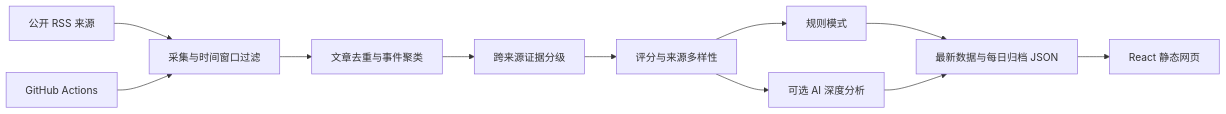
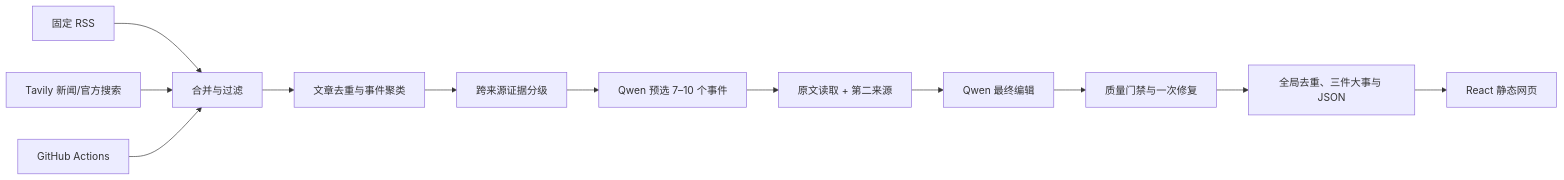
Before and after one commit to Allennb666/dailynews-briefing: the diagram in README.md, drawn with Mermaid. The commit also changed other lines of this file and 13 other files, not shown here.

````diff
--- a/README.md
+++ b/README.md
@@ -31,13 +32,14 @@
 ```mermaid
 flowchart LR
-  RSS["公开 RSS 来源"] --> COLLECT["采集与时间窗口过滤"]
+  RSS["固定 RSS"] --> COLLECT["合并与过滤"]
+  SEARCH["Tavily 新闻/官方搜索"] --> COLLECT
   COLLECT --> EVENT["文章去重与事件聚类"]
   EVENT --> VERIFY["跨来源证据分级"]
-  VERIFY --> RANK["评分与来源多样性"]
-  RANK --> RULES["规则模式"]
-  RANK --> AI["可选 AI 深度分析"]
-  RULES --> JSON["最新数据与每日归档 JSON"]
-  AI --> JSON
+  VERIFY --> PRE["Qwen 预选 7–10 个事件"]
+  PRE --> MATERIAL["原文读取 + 第二来源"]
+  MATERIAL --> AI["Qwen 最终编辑"]
+  AI --> GATE["质量门禁与一次修复"]
+  GATE --> JSON["全局去重、三件大事与 JSON"]
   JSON --> WEB["React 静态网页"]
   ACTIONS["GitHub Actions"] --> COLLECT
 ```
````
